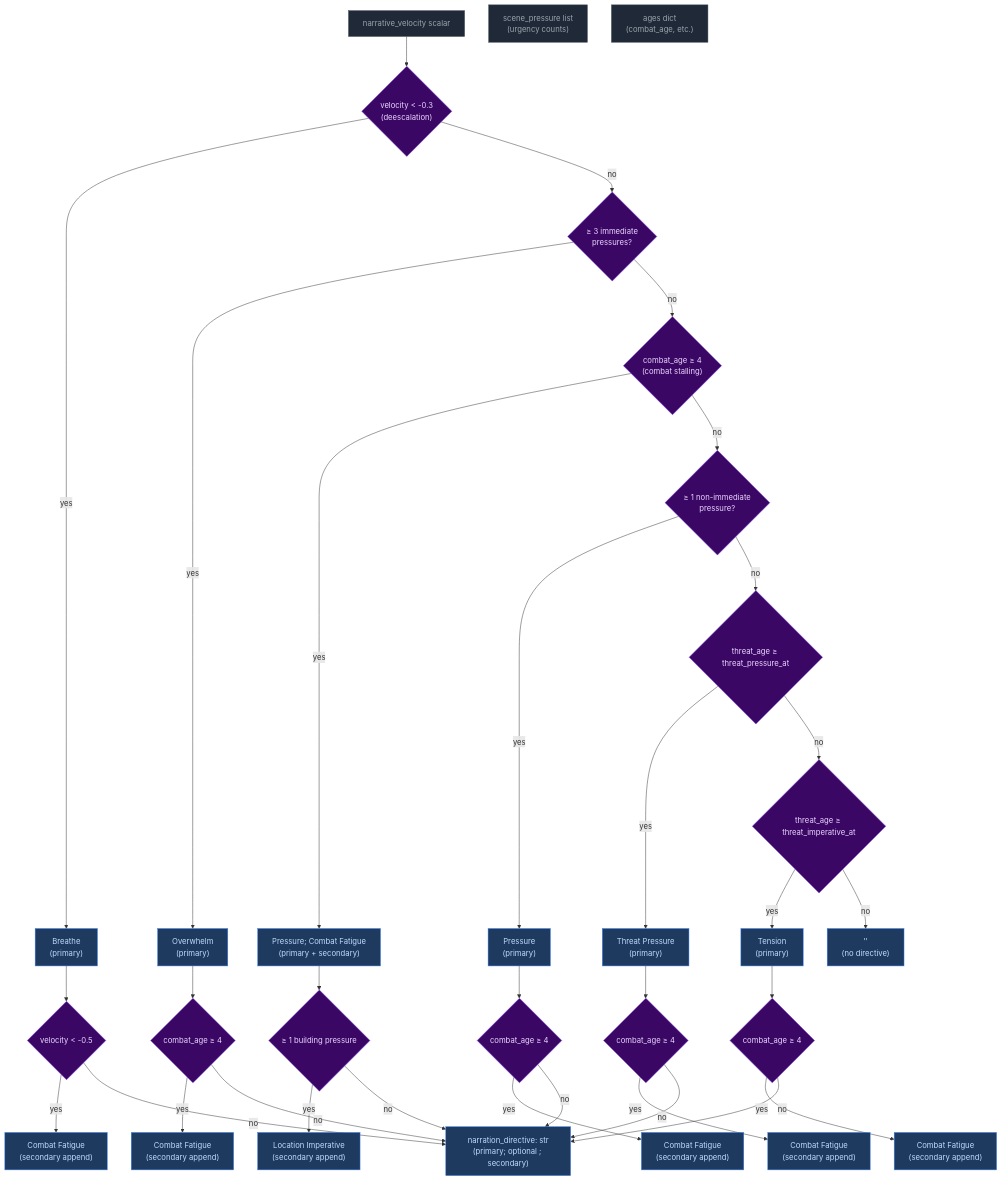
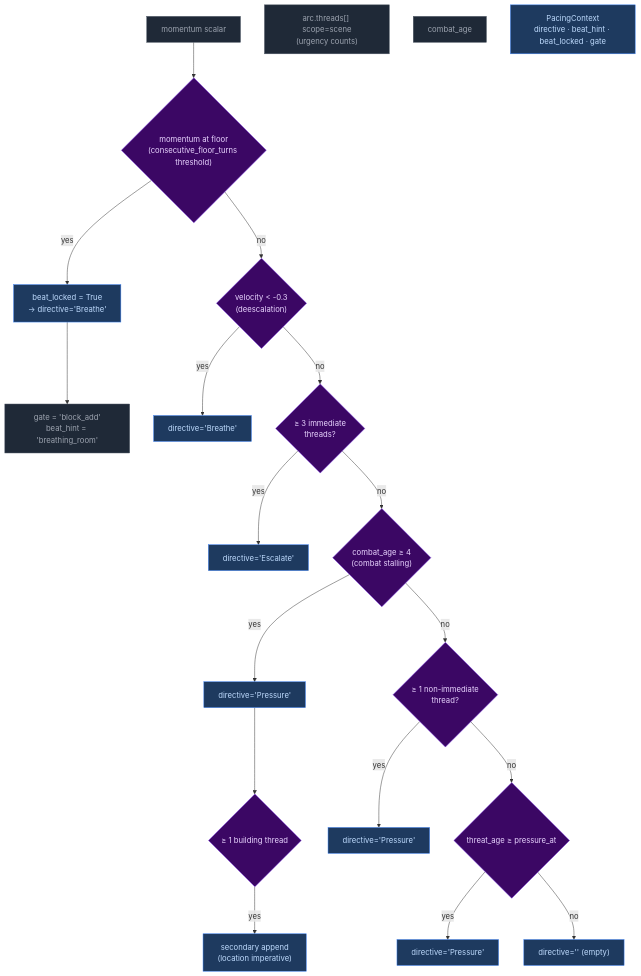
One commit to pww217/fablethread changed the seventh of 17 diagrams in docs/ARCHITECTURE.md. Above: the diagram before and after it, drawn with Mermaid. The commit also changed other lines of this file and 13 other files, not shown here.

````diff
--- a/docs/ARCHITECTURE.md
+++ b/docs/ARCHITECTURE.md
@@ -348,50 +334,30 @@
 ```mermaid
 flowchart TD
     classDef pyNode fill:#1f2937,color:#9ca3af,stroke:#4b5563
     classDef decision fill:#3b0764,color:#e9d5ff,stroke:#7c3aed
     classDef output fill:#1e3a5f,color:#bfdbfe,stroke:#3b82f6
 
-    V["narrative_velocity scalar"]:::pyNode
-    P["scene_pressure list<br>(urgency counts)"]:::pyNode
-    A["ages dict<br>(combat_age, etc.)"]:::pyNode
+    M["momentum scalar"]:::pyNode
+    T["arc.threads[] scope=scene<br>(urgency counts)"]:::pyNode
+    CA["combat_age"]:::pyNode
 
-    V --> D1{"velocity < -0.3<br>(deescalation)"}:::decision
-    D1 -- yes --> B1["Breathe<br>(primary)"]:::output
-    D1 -- no --> D2{"≥ 3 immediate<br>pressures?"}:::decision
-    D2 -- yes --> B2["Overwhelm<br>(primary)"]:::output
-    D2 -- no --> D3{"combat_age ≥ 4<br>(combat stalling)"}:::decision
-    D3 -- yes --> B3["Pressure; Combat Fatigue<br>(primary + secondary)"]:::output
-    D3 -- no --> D4{"≥ 1 non-immediate<br>pressure?"}:::decision
-    D4 -- yes --> B4["Pressure<br>(primary)"]:::output
-    D4 -- no --> D5{"threat_age ≥ threat_pressure_at"}:::decision
-    D5 -- yes --> B5["Threat Pressure<br>(primary)"]:::output
-    D5 -- no --> D6{"threat_age ≥ threat_imperative_at"}:::decision
-    D6 -- yes --> B6["Tension<br>(primary)"]:::output
-    D6 -- no --> B7["''<br>(no directive)"]:::output
+    M --> D1{"momentum at floor<br>(consecutive_floor_turns threshold)"}:::decision
+    D1 -- yes --> BL["beat_locked = True<br>→ directive='Breathe'"]:::output
+    D1 -- no --> D2{"velocity < -0.3<br>(deescalation)"}:::decision
+    D2 -- yes --> B1["directive='Breathe'"]:::output
+    D2 -- no --> D3{"≥ 3 immediate<br>threads?"}:::decision
+    D3 -- yes --> B2["directive='Escalate'"]:::output
+    D3 -- no --> D4{"combat_age ≥ 4<br>(combat stalling)"}:::decision
+    D4 -- yes --> B3["directive='Pressure'"]:::output
+    D4 -- no --> D5{"≥ 1 non-immediate<br>thread?"}:::decision
+    D5 -- yes --> B4["directive='Pressure'"]:::output
+    D5 -- no --> D6{"threat_age ≥ pressure_at"}:::decision
+    D6 -- yes --> B5["directive='Pressure'"]:::output
+    D6 -- no --> B7["directive='' (empty)"]:::output
 
-    B1 --> SEC1{"velocity < -0.5"}:::decision
-    SEC1 -- yes --> S1["Combat Fatigue<br>(secondary append)"]:::output
-    SEC1 -- no --> FINAL
+    BL --> G1["gate = 'block_add'<br>beat_hint = 'breathing_room'"]:::pyNode
+    B3 --> S3{"≥ 1 building thread"}:::decision
+    S3 -- yes --> SEC3["secondary append<br>(location imperative)"]:::output
 
-    B2 --> SEC2{"combat_age ≥ 4"}:::decision
-    SEC2 -- yes --> S2["Combat Fatigue<br>(secondary append)"]:::output
-    SEC2 -- no --> FINAL
-
-    B3 --> SEC3{"≥ 1 building pressure"}:::decision
-    SEC3 -- yes --> S3["Location Imperative<br>(secondary append)"]:::output
-    SEC3 -- no --> FINAL
-
-    B4 --> SEC4{"combat_age ≥ 4"}:::decision
-    SEC4 -- yes --> S4["Combat Fatigue<br>(secondary append)"]:::output
-    SEC4 -- no --> FINAL
-
-    B5 --> SEC5{"combat_age ≥ 4"}:::decision
-    SEC5 -- yes --> S5["Combat Fatigue<br>(secondary append)"]:::output
-    SEC5 -- no --> FINAL
-
-    B6 --> SEC6{"combat_age ≥ 4"}:::decision
-    SEC6 -- yes --> S6["Combat Fatigue<br>(secondary append)"]:::output
-    SEC6 -- no --> FINAL
-
-    FINAL["narration_directive: str<br>(primary; optional ; secondary)"]:::output
+    FINAL["PacingContext<br>directive · beat_hint · beat_locked · gate"]:::output
 ```
````
